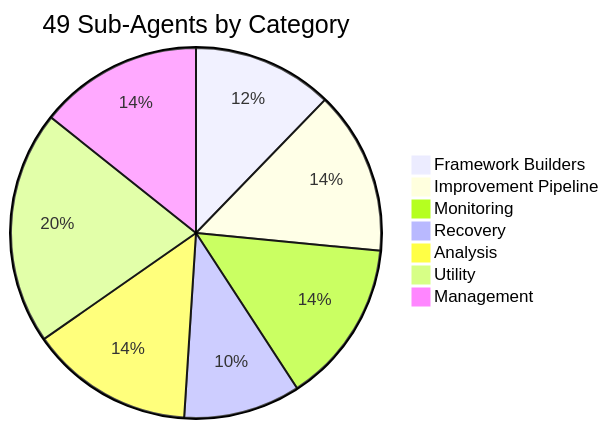
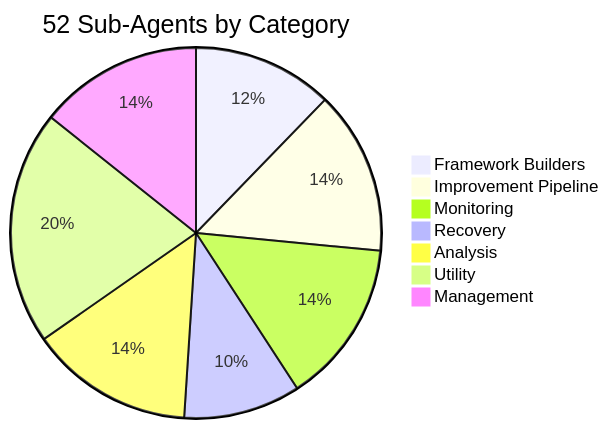
One commit to mczardybon/mas-engineer changed the first of 4 diagrams in docs/agents.md. Above: the diagram before and after it, drawn with Mermaid. The commit also changed other lines of this file and 33 other files, not shown here.

````diff
--- a/docs/agents.md
+++ b/docs/agents.md
@@ -5,10 +5,10 @@
 ```mermaid
-pie title 49 Sub-Agents by Category
+pie title 52 Sub-Agents by Category
     "Framework Builders" : 6
     "Improvement Pipeline" : 7
     "Monitoring" : 7
     "Recovery" : 5
     "Analysis" : 7
     "Utility" : 10
     "Management" : 7
 ```
````
